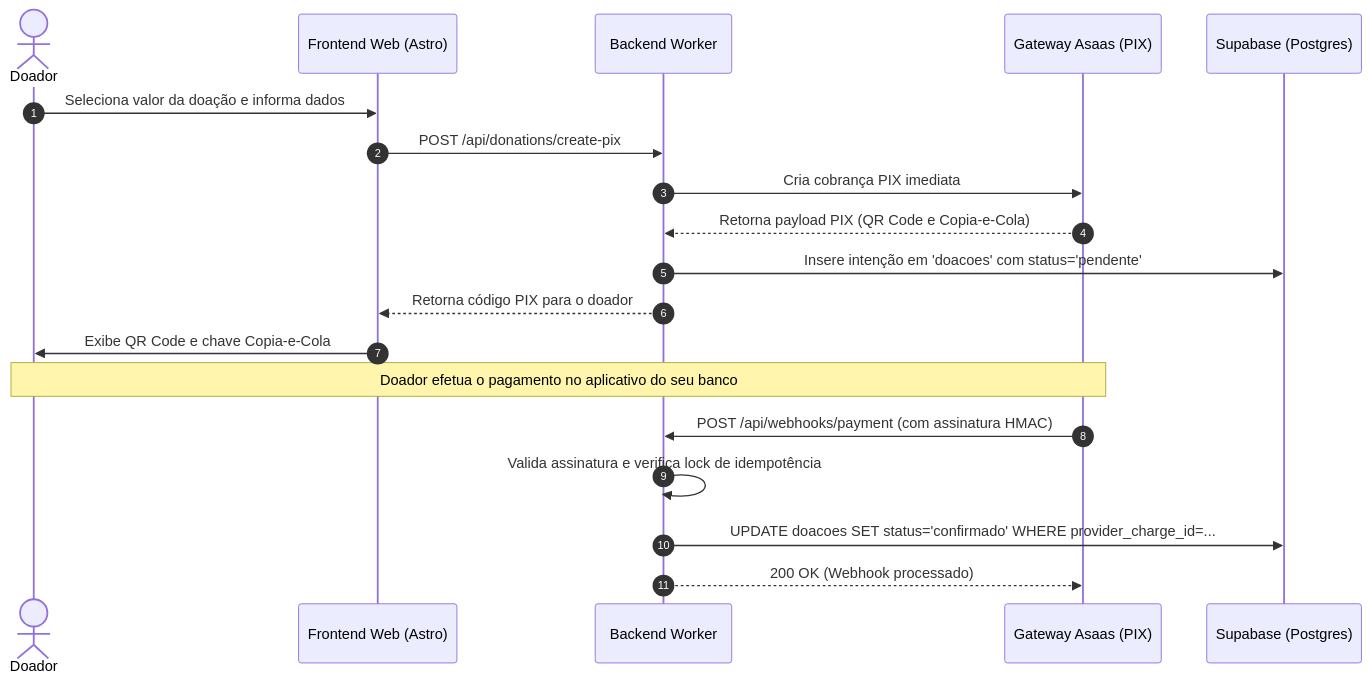
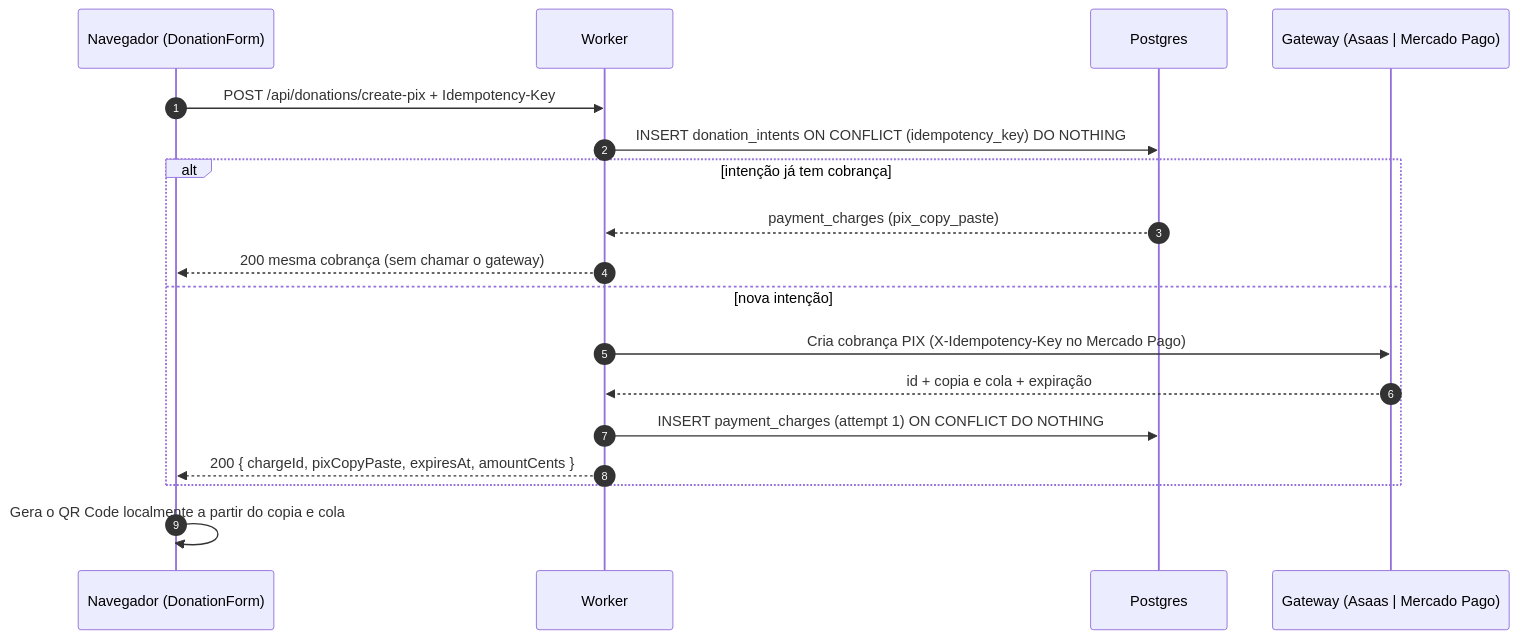
The second of 6 diagrams in docs/architecture/sequence-diagrams.md (purelifeministriesbrasil/documentation), drawn with Mermaid before and after one commit. The commit also changed other lines of this file and 10 other files, not shown here.

First line of the commit message:
docs(architecture): replace legacy schema and Vercel proxy diagrams with the current design

````diff
--- a/docs/architecture/sequence-diagrams.md
+++ b/docs/architecture/sequence-diagrams.md
@@ -45,24 +40,21 @@
 ```mermaid
 sequenceDiagram
     autonumber
-    actor Doador as Doador
-    participant Web as Frontend Web (Astro)
-    participant Worker as Backend Worker
-    participant Asaas as Gateway Asaas (PIX)
-    participant Supabase as Supabase (Postgres)
+    participant B as Navegador (DonationForm)
+    participant W as Worker
+    participant DB as Postgres
+    participant G as Gateway (Asaas | Mercado Pago)
 
-    Doador->>Web: Seleciona valor da doação e informa dados
-    Web->>Worker: POST /api/donations/create-pix
-    Worker->>Asaas: Cria cobrança PIX imediata
-    Asaas-->>Worker: Retorna payload PIX (QR Code e Copia-e-Cola)
-    Worker->>Supabase: Insere intenção em 'doacoes' com status='pendente'
-    Worker-->>Web: Retorna código PIX para o doador
-    Web->>Doador: Exibe QR Code e chave Copia-e-Cola
-    
-    Note over Doador,Asaas: Doador efetua o pagamento no aplicativo do seu banco
-    
-    Asaas->>Worker: POST /api/webhooks/payment (com assinatura HMAC)
-    Worker->>Worker: Valida assinatura e verifica lock de idempotência
-    Worker->>Supabase: UPDATE doacoes SET status='confirmado' WHERE provider_charge_id=...
-    Worker-->>Asaas: 200 OK (Webhook processado)
+    B->>W: POST /api/donations/create-pix + Idempotency-Key
+    W->>DB: INSERT donation_intents ON CONFLICT (idempotency_key) DO NOTHING
+    alt intenção já tem cobrança
+        DB-->>W: payment_charges (pix_copy_paste)
+        W-->>B: 200 mesma cobrança (sem chamar o gateway)
+    else nova intenção
+        W->>G: Cria cobrança PIX (X-Idempotency-Key no Mercado Pago)
+        G-->>W: id + copia e cola + expiração
+        W->>DB: INSERT payment_charges (attempt 1) ON CONFLICT DO NOTHING
+        W-->>B: 200 { chargeId, pixCopyPaste, expiresAt, amountCents }
+    end
+    B->>B: Gera o QR Code localmente a partir do copia e cola
 ```
````
